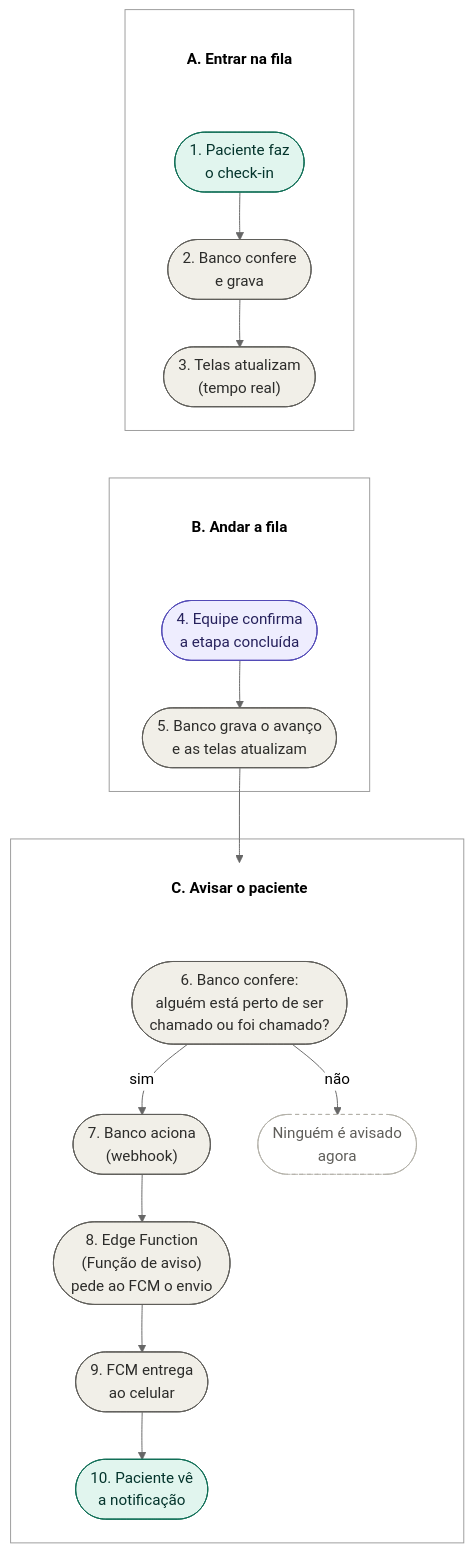
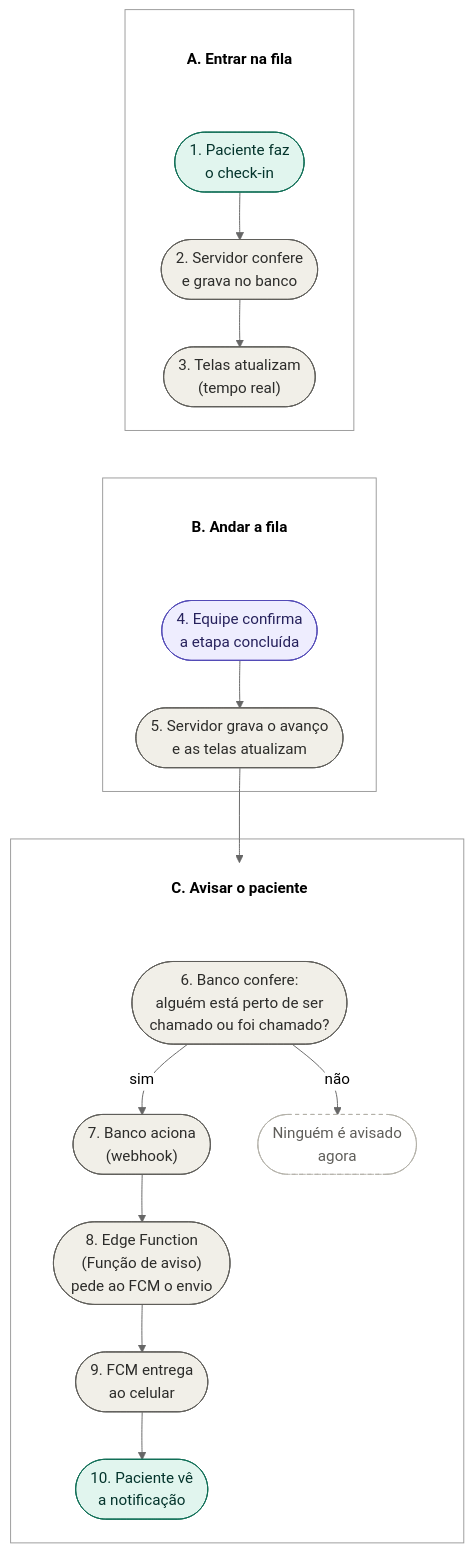
The second of 2 diagrams in docs/modelagem/arquitetura-e-fluxo.md (heitorcavss/pibic-saude), drawn with Mermaid (neutral theme) before and after one commit. The commit also changed other lines of this file and 4 other files, not shown here.

````diff
--- a/docs/modelagem/arquitetura-e-fluxo.md
+++ b/docs/modelagem/arquitetura-e-fluxo.md
@@ -54,31 +60,31 @@
 ```mermaid
 flowchart TD
     subgraph A[" "]
-        aT["A. Entrar na fila"]:::titulo ~~~ a1(["1. Paciente faz<br/>o check-in"]):::paciente --> a2(["2. Banco confere<br/>e grava"]):::sistema --> a3(["3. Telas atualizam<br/>(tempo real)"]):::sistema
+        aT["A. Entrar na fila"]:::titulo ~~~ a1(["1. Paciente faz<br/>o check-in"]):::paciente --> a2(["2. Servidor confere<br/>e grava no banco"]):::sistema --> a3(["3. Telas atualizam<br/>(tempo real)"]):::sistema
     end
 
     subgraph B[" "]
-        bT["B. Andar a fila"]:::titulo ~~~ b1(["4. Equipe confirma<br/>a etapa concluída"]):::equipe --> b2(["5. Banco grava o avanço<br/>e as telas atualizam"]):::sistema
+        bT["B. Andar a fila"]:::titulo ~~~ b1(["4. Equipe confirma<br/>a etapa concluída"]):::equipe --> b2(["5. Servidor grava o avanço<br/>e as telas atualizam"]):::sistema
     end
 
     subgraph C[" "]
         cT["C. Avisar o paciente"]:::titulo ~~~ c0(["6. Banco confere:<br/>alguém está perto de ser<br/>chamado ou foi chamado?"]):::sistema
         c0 -->|"sim"| c1(["7. Banco aciona<br/>(webhook)"]):::sistema
         c0 -->|"não"| c6(["Ninguém é avisado<br/>agora"]):::vazio
         c1 --> c2(["8. Edge Function<br/>(Função de aviso)<br/>pede ao FCM o envio"]):::sistema
         c2 --> c4(["9. FCM entrega<br/>ao celular"]):::sistema
         c4 --> c5(["10. Paciente vê<br/>a notificação"]):::paciente
     end
 
     a3 ~~~ bT
     b2 --> cT
 
     classDef titulo fill:none,stroke:none,font-weight:bold
     classDef paciente fill:#E1F5EE,stroke:#0F6E56,color:#04342C
     classDef equipe fill:#EEEDFE,stroke:#534AB7,color:#26215C
     classDef sistema fill:#F1EFE8,stroke:#5F5E5A,color:#2C2C2A
     classDef vazio fill:#FFFFFF,stroke:#B4B2A9,color:#5F5E5A,stroke-dasharray:4
     style A fill:none,stroke:#9A9A9A
     style B fill:none,stroke:#9A9A9A
     style C fill:none,stroke:#9A9A9A
 ```
````
